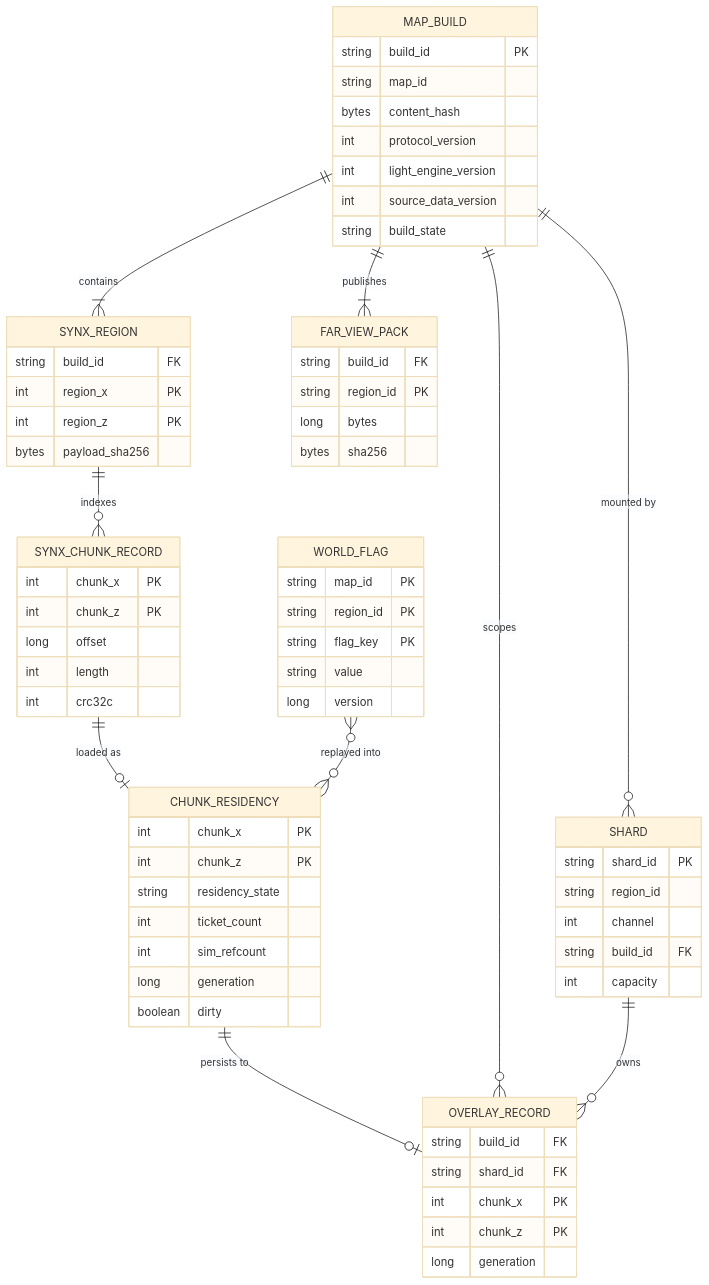
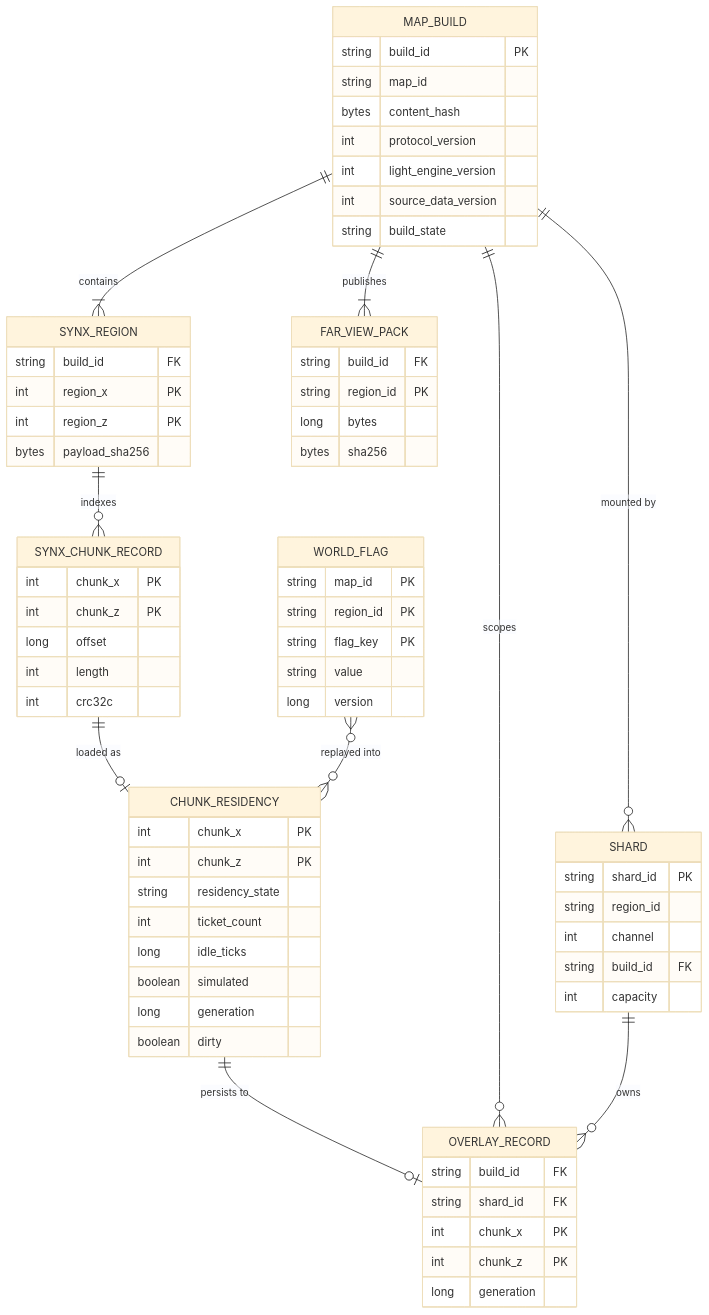
Before and after one commit to Bearisbug/synaxis: the second of 10 diagrams in docs/DESIGN-M3.md, drawn with Mermaid (base theme). The commit also changed other lines of this file, not shown here.

````diff
--- a/docs/DESIGN-M3.md
+++ b/docs/DESIGN-M3.md
@@ -322,70 +326,71 @@
 ```mermaid
 erDiagram
   MAP_BUILD ||--|{ SYNX_REGION : contains
   MAP_BUILD ||--|{ FAR_VIEW_PACK : publishes
   SYNX_REGION ||--o{ SYNX_CHUNK_RECORD : indexes
   SYNX_CHUNK_RECORD ||--o| CHUNK_RESIDENCY : "loaded as"
   CHUNK_RESIDENCY ||--o| OVERLAY_RECORD : "persists to"
   MAP_BUILD ||--o{ OVERLAY_RECORD : scopes
   SHARD ||--o{ OVERLAY_RECORD : owns
   MAP_BUILD ||--o{ SHARD : "mounted by"
   WORLD_FLAG }o--o{ CHUNK_RESIDENCY : "replayed into"
   MAP_BUILD {
     string build_id PK
     string map_id
     bytes content_hash
     int protocol_version
     int light_engine_version
     int source_data_version
     string build_state
   }
   SYNX_REGION {
     string build_id FK
     int region_x PK
     int region_z PK
     bytes payload_sha256
   }
   SYNX_CHUNK_RECORD {
     int chunk_x PK
     int chunk_z PK
     long offset
     int length
     int crc32c
   }
   FAR_VIEW_PACK {
     string build_id FK
     string region_id PK
     long bytes
     bytes sha256
   }
   CHUNK_RESIDENCY {
     int chunk_x PK
     int chunk_z PK
     string residency_state
     int ticket_count
-    int sim_refcount
+    long idle_ticks
+    boolean simulated
     long generation
     boolean dirty
   }
   OVERLAY_RECORD {
     string build_id FK
     string shard_id FK
     int chunk_x PK
     int chunk_z PK
     long generation
   }
   SHARD {
     string shard_id PK
     string region_id
     int channel
     string build_id FK
     int capacity
   }
   WORLD_FLAG {
     string map_id PK
     string region_id PK
     string flag_key PK
     string value
     long version
   }
 ```
````
